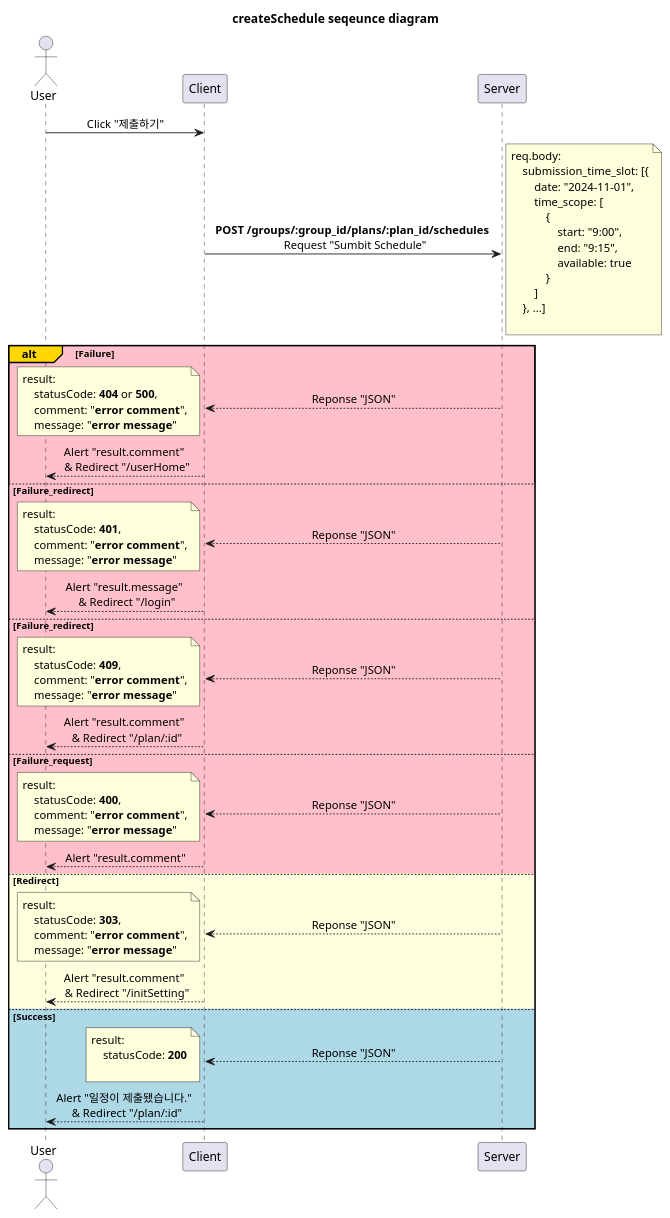
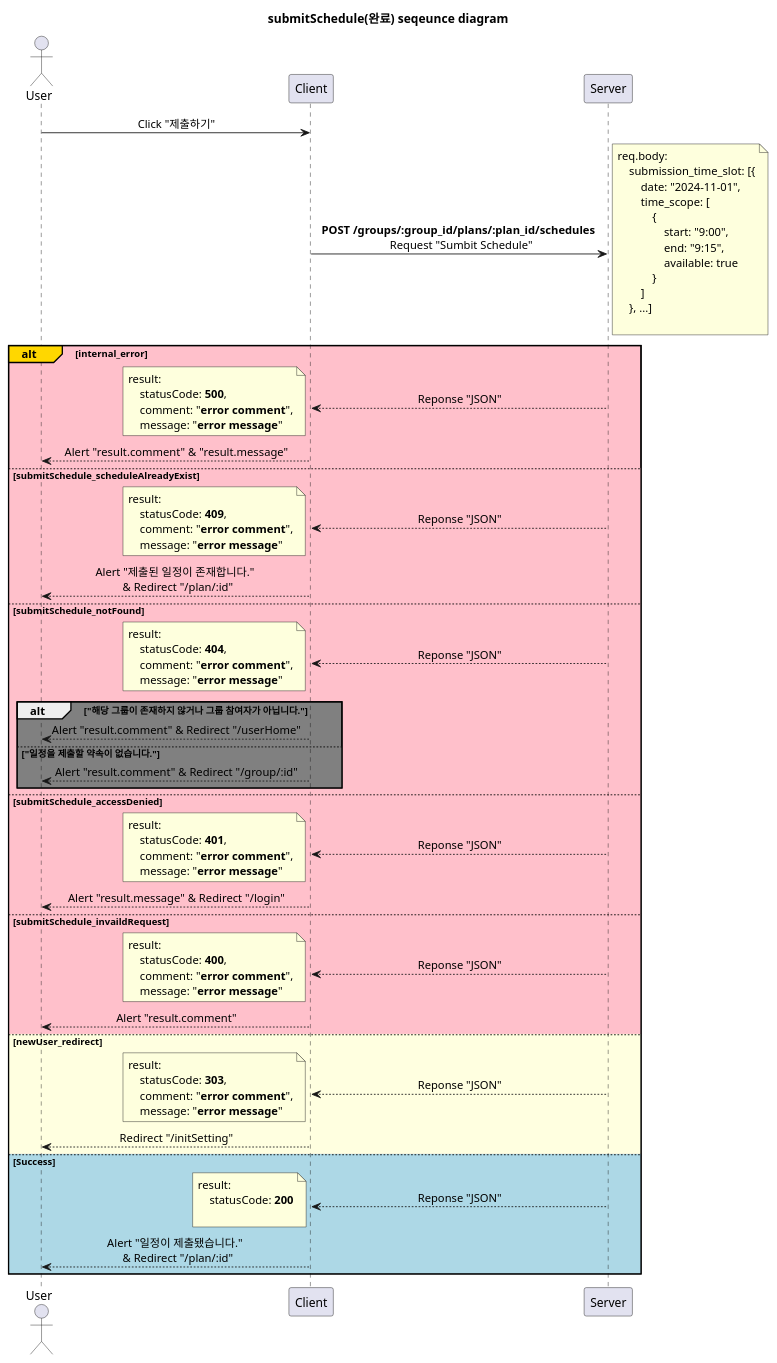
One commit to devSeungBin/SSCS changed the diagram in diagram/submitSchedule_page/submitSchedule.puml. Above: the diagram before and after it, drawn with PlantUML. The commit also changed 19 other files, not shown here.

```diff
--- a/diagram/submitSchedule_page/submitSchedule.puml
+++ b/diagram/submitSchedule_page/submitSchedule.puml
@@ -1,90 +1,106 @@
-@startuml createSchedule
-'http://localhost:3000/submitSchedule
+@startuml submitSchedule(완료)
+'http://localhost:3000/submitSchedule/:id
 
-title createSchedule seqeunce diagram
+title submitSchedule(완료) seqeunce diagram
 
 skinparam SequenceMessageAlignment center
 
 participant Server order 30
 participant Client order 20
 actor User order 10
 
 User -> Client: Click "제출하기"
 
 Client -> Server: **POST /groups/:group_id/plans/:plan_id/schedules** \n Request "Sumbit Schedule"
 note right
     req.body:
         submission_time_slot: [{
             date: "2024-11-01",
             time_scope: [
                 {
                     start: "9:00",
                     end: "9:15",
                     available: true
                 }
             ]
         }, ...]
         
 end note
 
-alt#Gold #Pink Failure
+alt#Gold #Pink internal_error
     Client <-- Server: Reponse "JSON"
     note left
         result:
-            statusCode: **404** or **500**,
+            statusCode: **500**,
             comment: "**error comment**",
             message: "**error message**"
     end note
-    User <-- Client: Alert "result.comment" \n & Redirect "/userHome"
+    User <-- Client: Alert "result.comment" & "result.message"
 
-else #Pink Failure_redirect
+else #Pink submitSchedule_scheduleAlreadyExist
+    Client <-- Server: Reponse "JSON"
+    note left
+        result:
+            statusCode: **409**,
+            comment: "**error comment**",
+            message: "**error message**"
+    end note
+    User <-- Client: Alert "제출된 일정이 존재합니다." \n & Redirect "/plan/:id"
+
+else #Pink submitSchedule_notFound
+    Client <-- Server: Reponse "JSON"
+    note left
+        result:
+            statusCode: **404**,
+            comment: "**error comment**",
+            message: "**error message**"
+    end note
+    alt #Gray "해당 그룹이 존재하지 않거나 그룹 참여자가 아닙니다."
+        User <-- Client: Alert "result.comment" & Redirect "/userHome"
+
+    else #Gray "일정을 제출할 약속이 없습니다."
+        User <-- Client: Alert "result.comment" & Redirect "/group/:id"
+
+    end
+
+else #Pink submitSchedule_accessDenied
     Client <-- Server: Reponse "JSON"
     note left
         result:
             statusCode: **401**,
             comment: "**error comment**",
             message: "**error message**"
     end note
-    User <-- Client: Alert "result.message" \n & Redirect "/login"
+    User <-- Client: Alert "result.message" & Redirect "/login"
 
-else #Pink Failure_redirect
-    Client <-- Server: Reponse "JSON"
-    note left
-        result:
-            statusCode: **409**,
-            comment: "**error comment**",
-            message: "**error message**"
-    end note
-    User <-- Client: Alert "result.comment" \n & Redirect "/plan/:id"
-
-else #Pink Failure_request
+else #Pink submitSchedule_invaildRequest
     Client <-- Server: Reponse "JSON"
     note left
         result:
             statusCode: **400**,
             comment: "**error comment**",
             message: "**error message**"
     end note
     User <-- Client: Alert "result.comment"
 
-else #LightYellow Redirect
+else #LightYellow newUser_redirect
     Client <-- Server: Reponse "JSON"
     note left
         result:
             statusCode: **303**,
             comment: "**error comment**",
             message: "**error message**"
     end note
-    User <-- Client: Alert "result.comment" \n & Redirect "/initSetting"
+    User <-- Client: Redirect "/initSetting"
 
 else #LightBlue Success
     Client <-- Server: Reponse "JSON"
     note left
         result:
             statusCode: **200**
 
     end note
     User <-- Client: Alert "일정이 제출됐습니다." \n & Redirect "/plan/:id"
 end
 
 @enduml
```
